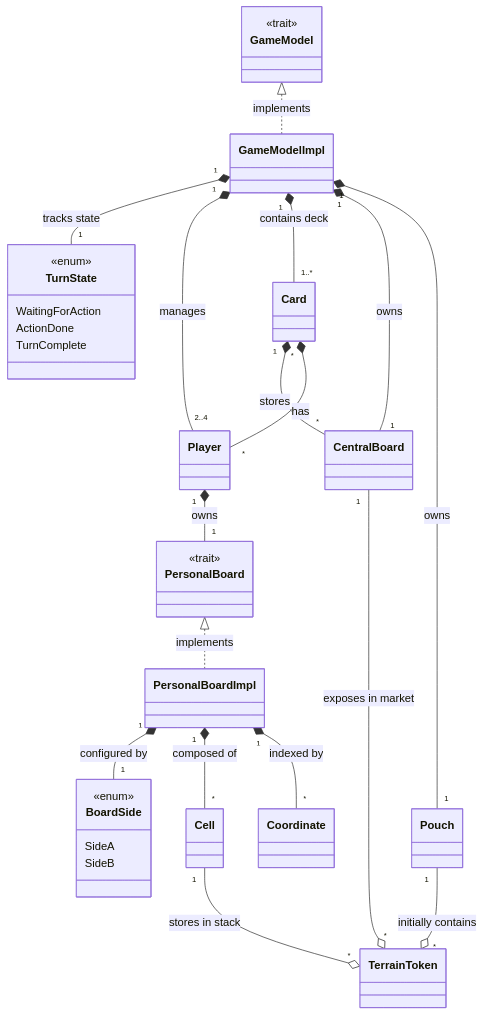
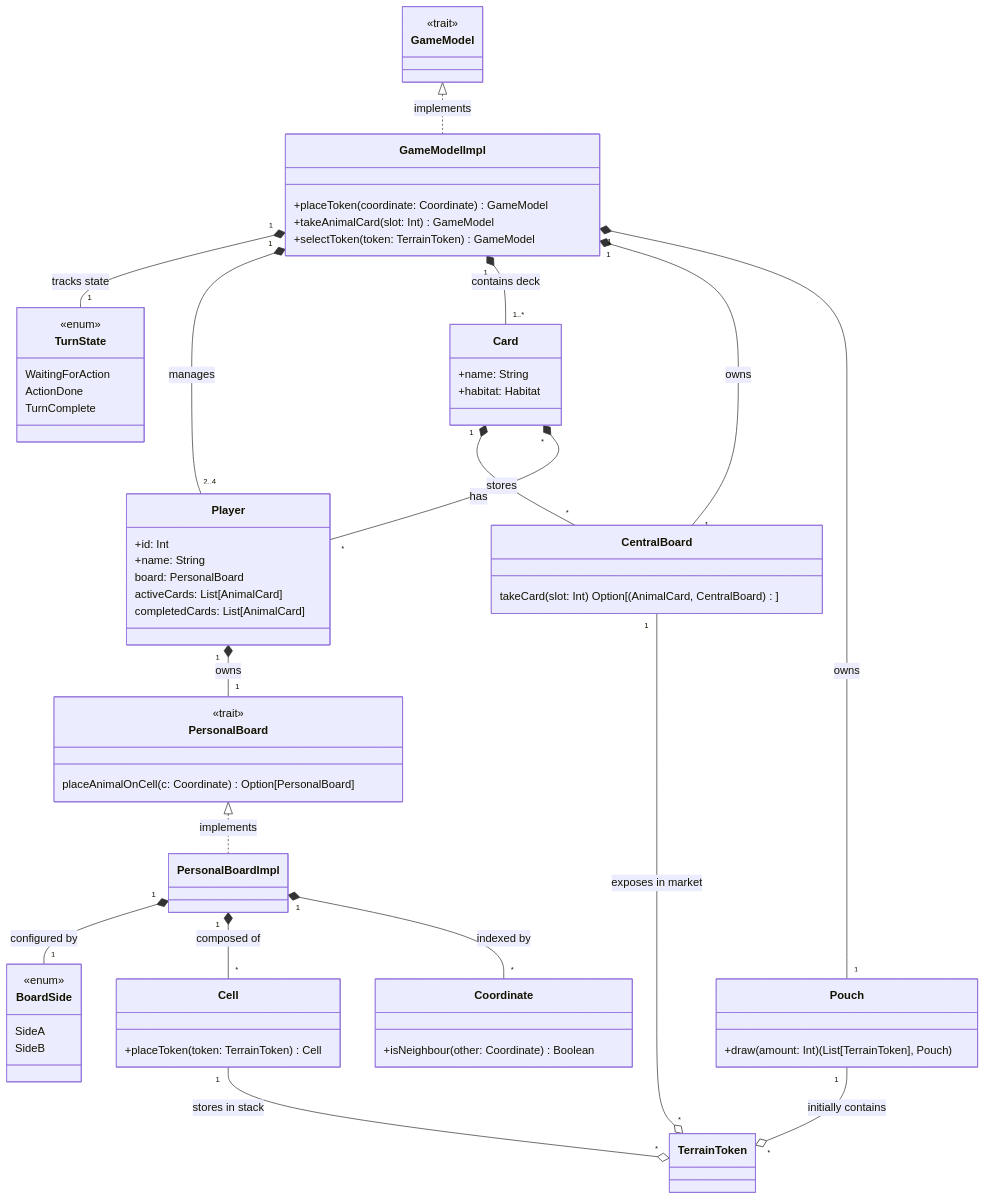
The first of 5 diagrams in docs/detailed-design.md (elisayan/PPS-25-scalarmonies), drawn with Mermaid before and after one commit.

Commit message:
added some methods in the class diagram

```diff
--- a/docs/detailed-design.md
+++ b/docs/detailed-design.md
@@ -12,6 +12,9 @@
     }
 
     class GameModelImpl {
+        +placeToken(coordinate: Coordinate) GameModel
+        +takeAnimalCard(slot: Int) GameModel
+        +selectToken(token: TerrainToken) GameModel
         
     }
 
@@ -23,19 +26,29 @@
     }
 
     class CentralBoard {
+        takeCard(slot: Int) Option[(AnimalCard, CentralBoard)]
     }
 
     class Pouch {
+        +draw(amount: Int) (List[TerrainToken], Pouch)
     }
 
     class Player {
+        +id: Int
+        +name: String
+        board: PersonalBoard
+        activeCards: List[AnimalCard]
+        completedCards: List[AnimalCard]
     }
 
     class Card {
+        +name: String
+        +habitat: Habitat
     }
 
     class PersonalBoard {
         <<trait>>
+        placeAnimalOnCell(c: Coordinate) Option[PersonalBoard]
     }
 
     class PersonalBoardImpl {
@@ -47,10 +60,12 @@
         SideB
     }
 
-    class Coordinate {
+    class Coordinate { 
+        +isNeighbour(other: Coordinate) Boolean
     }
 
     class Cell {
+        +placeToken(token: TerrainToken) Cell
     }
 
     class TerrainToken {
```
